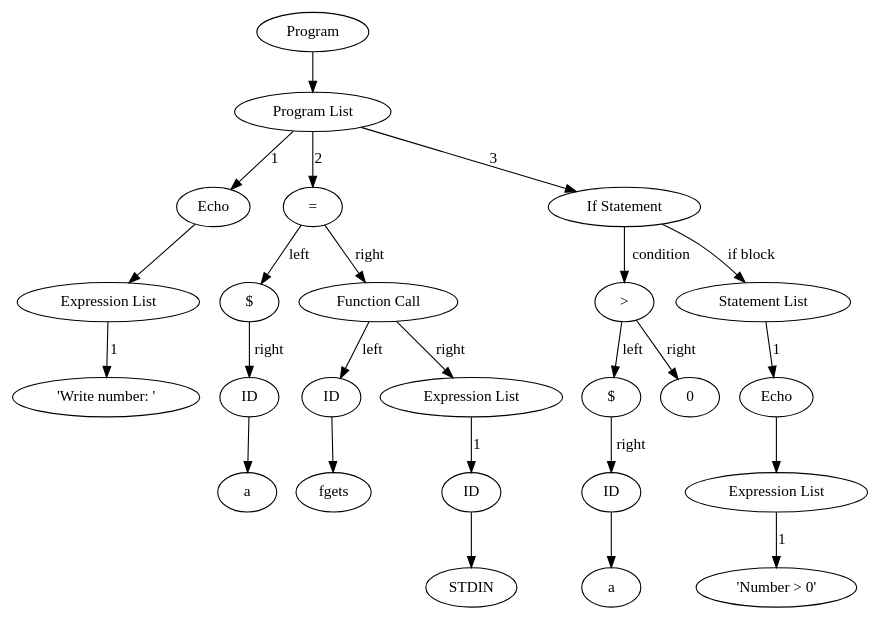
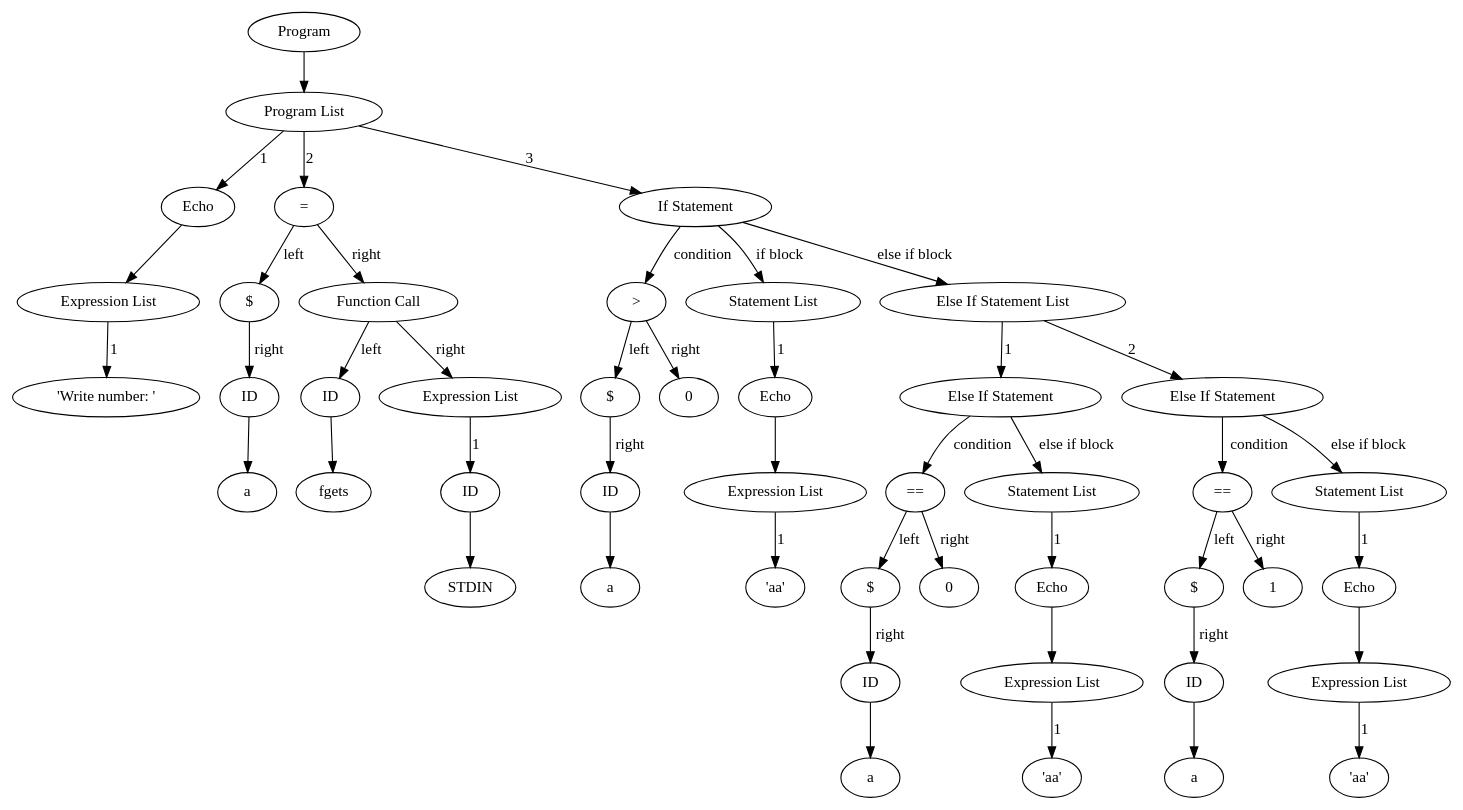
Before and after one commit to DmitriyAcm/TraslatorForPHP: the diagram in php_semantic/php_semantic/finalTree.dot, drawn with Graphviz. The commit also changed 3 other files, not shown here.

```diff
--- a/php_semantic/php_semantic/finalTree.dot
+++ b/php_semantic/php_semantic/finalTree.dot
@@ -1,51 +1,93 @@
 digraph G {
-node25 [label="Program"];
-node26 [label="Program List"];
-node25->node26 [label=""];
-node26->node27 [label="1"];
-node27 [label="Echo"];
-node28 [label="Expression List"];
-node27->node28 [label=""];
-node28->node29 [label="1"];
-node29 [label="'Write number: '"];
-node26->node30 [label="2"];
-node30 [label="="];
-node30->node31 [label="left"];
-node31 [label="$"];
-node31->node32 [label="right"];
-node32 [label="ID"];
-node32->node33 [label=""];
-node33 [label="a"];
-node30->node34 [label="right"];
-node34 [label="Function Call"];
-node34->node35 [label="left"];
-node35 [label="ID"];
-node35->node36 [label=""];
-node36 [label="fgets"];
-node37 [label="Expression List"];
-node34->node37 [label="right"];
-node37->node38 [label="1"];
-node38 [label="ID"];
-node38->node39 [label=""];
-node39 [label="STDIN"];
-node40 [label="If Statement"];
-node26->node40 [label="3"];
-node40->node41 [label="condition"];
-node41 [label=">"];
-node41->node42 [label="left"];
-node42 [label="$"];
-node42->node43 [label="right"];
-node43 [label="ID"];
-node43->node44 [label=""];
-node44 [label="a"];
-node41->node45 [label="right"];
-node45 [label="0"];
-node46 [label="Statement List"];
-node40->node46 [label="if block"];
-node46->node47 [label="1"];
-node47 [label="Echo"];
-node48 [label="Expression List"];
-node47->node48 [label=""];
-node48->node49 [label="1"];
-node49 [label="'Number > 0'"];
+node46 [label="Program"];
+node47 [label="Program List"];
+node46->node47 [label=""];
+node47->node48 [label="1"];
+node48 [label="Echo"];
+node49 [label="Expression List"];
+node48->node49 [label=""];
+node49->node50 [label="1"];
+node50 [label="'Write number: '"];
+node47->node51 [label="2"];
+node51 [label="="];
+node51->node52 [label="left"];
+node52 [label="$"];
+node52->node53 [label="right"];
+node53 [label="ID"];
+node53->node54 [label=""];
+node54 [label="a"];
+node51->node55 [label="right"];
+node55 [label="Function Call"];
+node55->node56 [label="left"];
+node56 [label="ID"];
+node56->node57 [label=""];
+node57 [label="fgets"];
+node58 [label="Expression List"];
+node55->node58 [label="right"];
+node58->node59 [label="1"];
+node59 [label="ID"];
+node59->node60 [label=""];
+node60 [label="STDIN"];
+node61 [label="If Statement"];
+node47->node61 [label="3"];
+node61->node62 [label="condition"];
+node62 [label=">"];
+node62->node63 [label="left"];
+node63 [label="$"];
+node63->node64 [label="right"];
+node64 [label="ID"];
+node64->node65 [label=""];
+node65 [label="a"];
+node62->node66 [label="right"];
+node66 [label="0"];
+node67 [label="Statement List"];
+node61->node67 [label="if block"];
+node67->node68 [label="1"];
+node68 [label="Echo"];
+node69 [label="Expression List"];
+node68->node69 [label=""];
+node69->node70 [label="1"];
+node70 [label="'aa'"];
+node71 [label="Else If Statement List"];
+node61->node71 [label="else if block"];
+node72 [label="Else If Statement"];
+node71->node72 [label="1"];
+node72->node73 [label="condition"];
+node73 [label="=="];
+node73->node74 [label="left"];
+node74 [label="$"];
+node74->node75 [label="right"];
+node75 [label="ID"];
+node75->node76 [label=""];
+node76 [label="a"];
+node73->node77 [label="right"];
+node77 [label="0"];
+node78 [label="Statement List"];
+node72->node78 [label="else if block"];
+node78->node79 [label="1"];
+node79 [label="Echo"];
+node80 [label="Expression List"];
+node79->node80 [label=""];
+node80->node81 [label="1"];
+node81 [label="'aa'"];
+node82 [label="Else If Statement"];
+node71->node82 [label="2"];
+node82->node83 [label="condition"];
+node83 [label="=="];
+node83->node84 [label="left"];
+node84 [label="$"];
+node84->node85 [label="right"];
+node85 [label="ID"];
+node85->node86 [label=""];
+node86 [label="a"];
+node83->node87 [label="right"];
+node87 [label="1"];
+node88 [label="Statement List"];
+node82->node88 [label="else if block"];
+node88->node89 [label="1"];
+node89 [label="Echo"];
+node90 [label="Expression List"];
+node89->node90 [label=""];
+node90->node91 [label="1"];
+node91 [label="'aa'"];
 }
```
